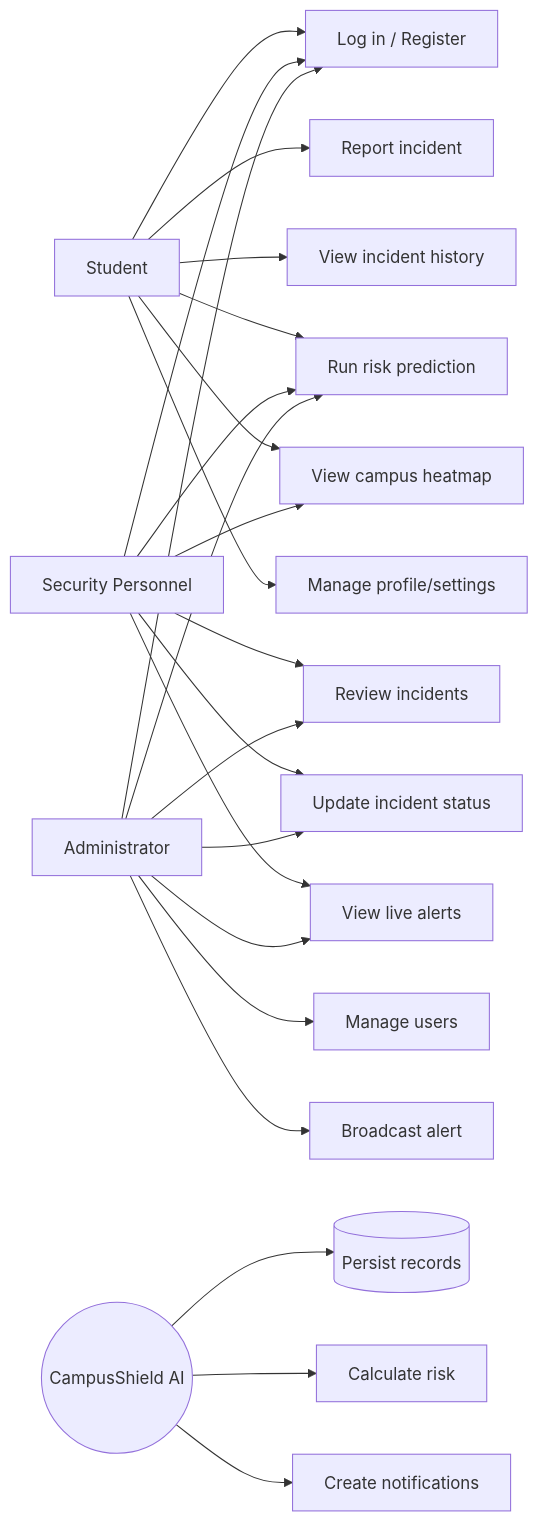
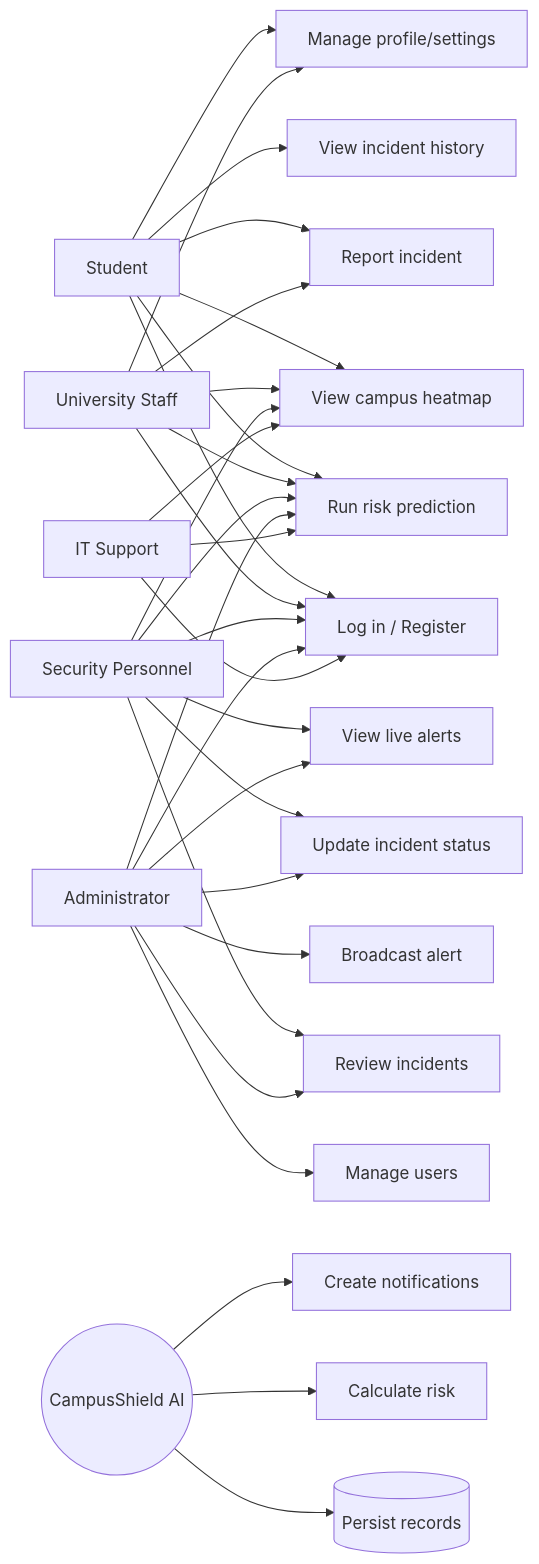
The diagram in design/UseCase/CampusShield Use Cases.md (Yesu-Christo/Mini-project), drawn with Mermaid before and after one commit. The commit also changed other lines of this file and 28 other files, not shown here.

First line of the commit message:
feat: add staff accounts and align campus user flows

````diff
--- a/design/UseCase/CampusShield Use Cases.md
+++ b/design/UseCase/CampusShield Use Cases.md
@@ -14,33 +16,45 @@
 ```mermaid
 flowchart LR
     Student[Student]
+    Staff[University Staff]
     Security[Security Personnel]
     Admin[Administrator]
+    IT[IT Support]
     System((CampusShield AI))
 
     Student --> Login[Log in / Register]
     Student --> Report[Report incident]
     Student --> OwnHistory[View incident history]
     Student --> Predict[Run risk prediction]
     Student --> Map[View campus heatmap]
     Student --> Account[Manage profile/settings]
+
+    Staff --> Login
+    Staff --> Report
+    Staff --> Predict
+    Staff --> Map
+    Staff --> Account
 
     Security --> Login
     Security --> Review[Review incidents]
     Security --> Update[Update incident status]
     Security --> Alerts[View live alerts]
     Security --> Predict
     Security --> Map
 
     Admin --> Login
     Admin --> Review
     Admin --> Update
     Admin --> Alerts
     Admin --> Users[Manage users]
     Admin --> Broadcast[Broadcast alert]
     Admin --> Predict
 
+    IT --> Login
+    IT --> Predict
+    IT --> Map
+
     System --> Store[(Persist records)]
     System --> Model[Calculate risk]
     System --> Notify[Create notifications]
 ```
````
